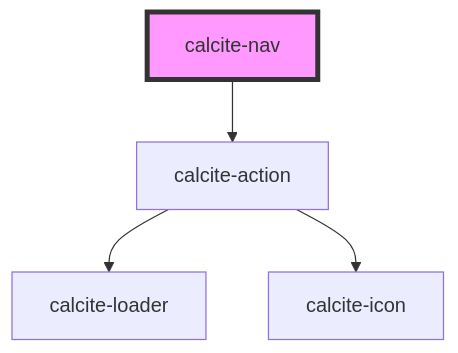
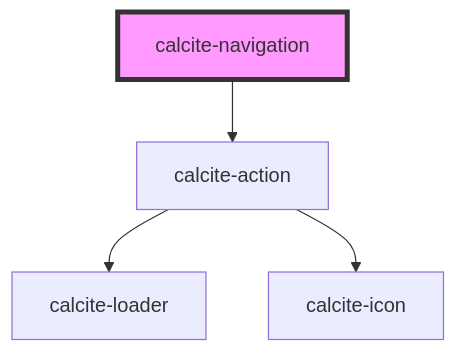
Before and after one commit to Esri/calcite-design-system: the diagram in src/components/navigation/readme.md, drawn with Mermaid. The commit also changed other lines of this file and 2 other files, not shown here.

````diff
--- a/src/components/navigation/readme.md
+++ b/src/components/navigation/readme.md
@@ -38,7 +54,7 @@
 ```mermaid
 graph TD;
-  calcite-nav --> calcite-action
+  calcite-navigation --> calcite-action
   calcite-action --> calcite-loader
   calcite-action --> calcite-icon
-  style calcite-nav fill:#f9f,stroke:#333,stroke-width:4px
+  style calcite-navigation fill:#f9f,stroke:#333,stroke-width:4px
 ```
````
